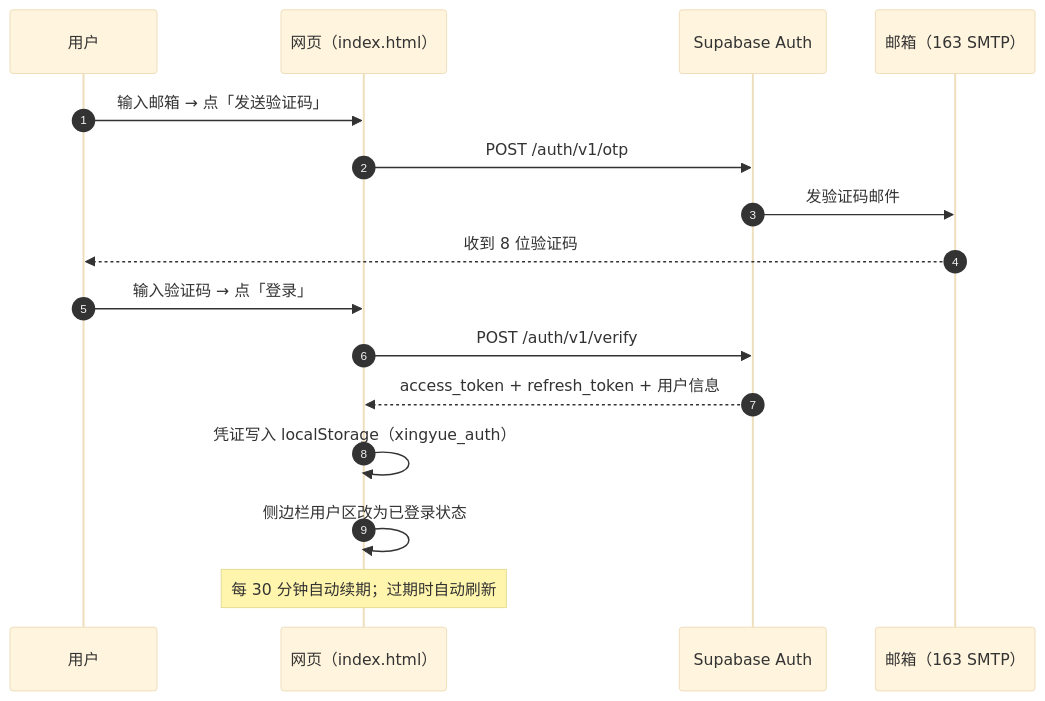
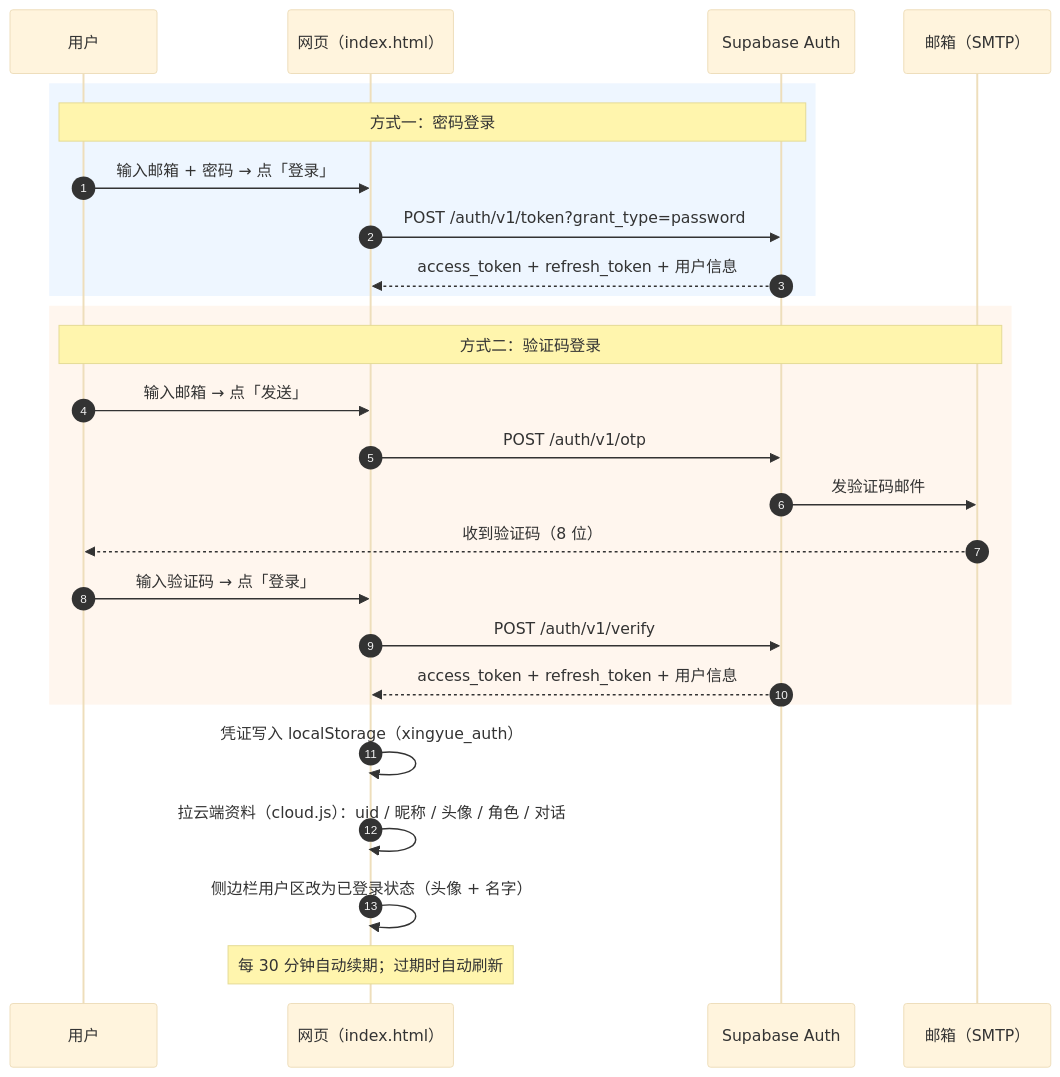
One commit to xiaoxingyuemiao/xingyue changed the third of 9 diagrams in docs/05-网站流程图.md. Above: the diagram before and after it, drawn with Mermaid (base theme). The commit also changed other lines of this file and 6 other files, not shown here.

````diff
--- a/docs/05-网站流程图.md
+++ b/docs/05-网站流程图.md
@@ -93,19 +103,31 @@
 ```mermaid
 sequenceDiagram
     autonumber
     participant U as 用户
     participant P as 网页（index.html）
     participant S as Supabase Auth
-    participant M as 邮箱（163 SMTP）
+    participant M as 邮箱（SMTP）
 
-    U->>P: 输入邮箱 → 点「发送验证码」
+    rect rgb(238, 246, 255)
+    Note over U,S: 方式一：密码登录
+    U->>P: 输入邮箱 + 密码 → 点「登录」
+    P->>S: POST /auth/v1/token?grant_type=password
+    S-->>P: access_token + refresh_token + 用户信息
+    end
+
+    rect rgb(255, 246, 238)
+    Note over U,M: 方式二：验证码登录
+    U->>P: 输入邮箱 → 点「发送」
     P->>S: POST /auth/v1/otp
     S->>M: 发验证码邮件
-    M-->>U: 收到 8 位验证码
+    M-->>U: 收到验证码（8 位）
     U->>P: 输入验证码 → 点「登录」
     P->>S: POST /auth/v1/verify
     S-->>P: access_token + refresh_token + 用户信息
+    end
+
     P->>P: 凭证写入 localStorage（xingyue_auth）
-    P->>P: 侧边栏用户区改为已登录状态
+    P->>P: 拉云端资料（cloud.js）：uid / 昵称 / 头像 / 角色 / 对话
+    P->>P: 侧边栏用户区改为已登录状态（头像 + 名字）
     Note over P: 每 30 分钟自动续期；过期时自动刷新
 ```
````
